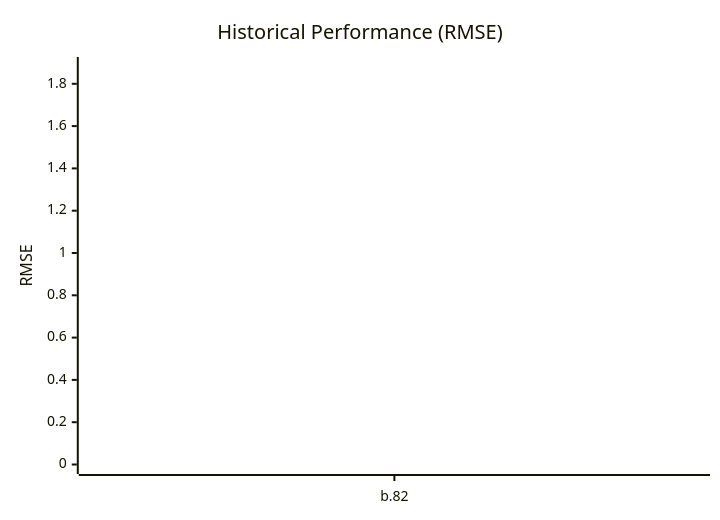
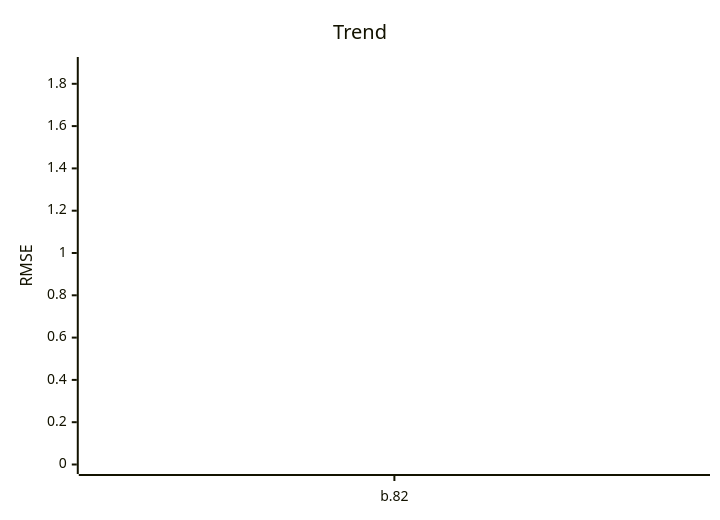
The first of 2 diagrams in README.md (timo-eberl/tracy), drawn with Mermaid before and after one commit. The commit also changed other lines of this file and 5 other files, not shown here.

````diff
--- a/README.md
+++ b/README.md
@@ -11,9 +7,8 @@
 ```mermaid
 xychart-beta
-    title "Historical Performance (RMSE)"
+    title "Trend"
     x-axis ["b.82"]
     y-axis "RMSE" 0 --> 1.8818
     line [1.5682]
     line [1.5682]
-
 ```
````
